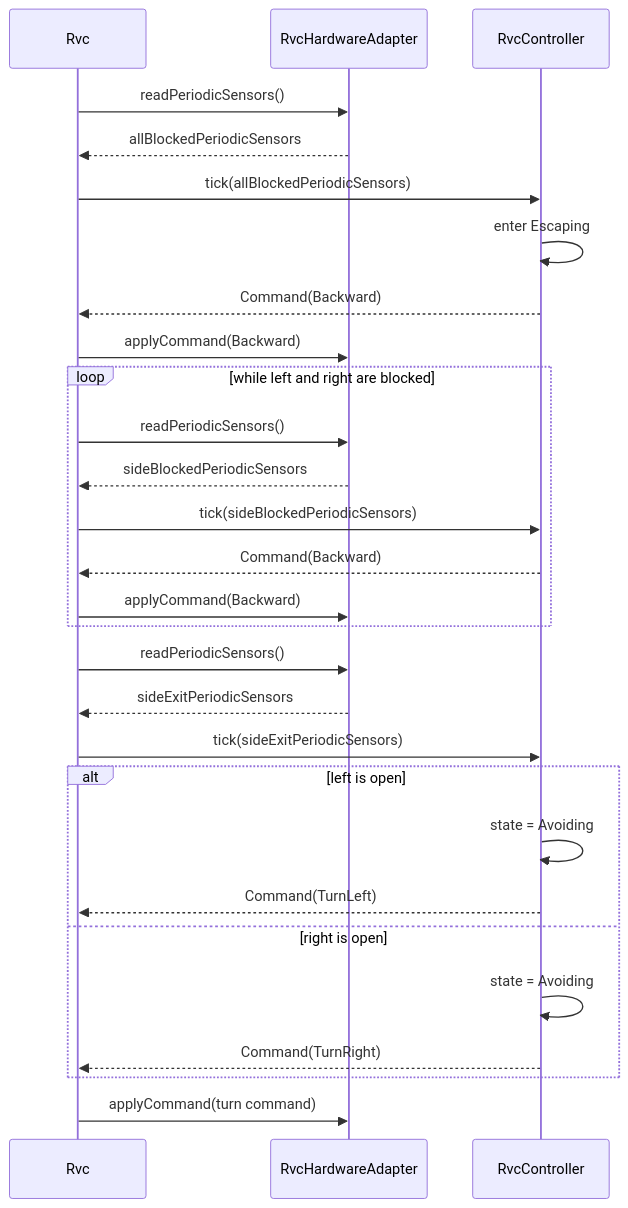
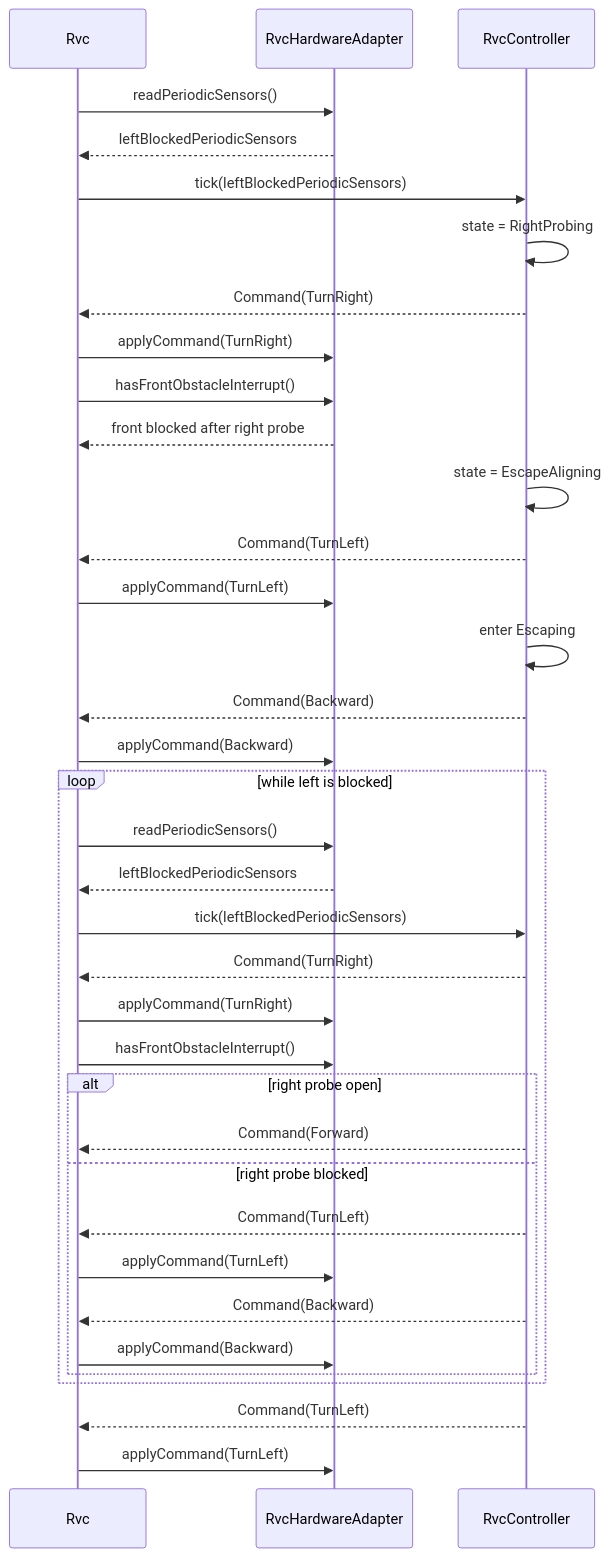
Before and after one commit to reload02/ooad-vibe: the seventh of 9 diagrams in docs/sdd.md, drawn with Mermaid. The commit also changed other lines of this file and 21 other files, not shown here.

First line of the commit message:
Refactor RvcController to implement right probing behavior and update related components

````diff
--- a/docs/sdd.md
+++ b/docs/sdd.md
@@ -480,31 +489,39 @@
 ```mermaid
 sequenceDiagram
     participant Rvc
     participant Adapter as RvcHardwareAdapter
     participant Controller as RvcController
 
     Rvc->>Adapter: readPeriodicSensors()
-    Adapter-->>Rvc: allBlockedPeriodicSensors
-    Rvc->>Controller: tick(allBlockedPeriodicSensors)
+    Adapter-->>Rvc: leftBlockedPeriodicSensors
+    Rvc->>Controller: tick(leftBlockedPeriodicSensors)
+    Controller->>Controller: state = RightProbing
+    Controller-->>Rvc: Command(TurnRight)
+    Rvc->>Adapter: applyCommand(TurnRight)
+    Rvc->>Adapter: hasFrontObstacleInterrupt()
+    Adapter-->>Rvc: front blocked after right probe
+    Controller->>Controller: state = EscapeAligning
+    Controller-->>Rvc: Command(TurnLeft)
+    Rvc->>Adapter: applyCommand(TurnLeft)
     Controller->>Controller: enter Escaping
     Controller-->>Rvc: Command(Backward)
     Rvc->>Adapter: applyCommand(Backward)
-    loop while left and right are blocked
+    loop while left is blocked
         Rvc->>Adapter: readPeriodicSensors()
-        Adapter-->>Rvc: sideBlockedPeriodicSensors
-        Rvc->>Controller: tick(sideBlockedPeriodicSensors)
-        Controller-->>Rvc: Command(Backward)
-        Rvc->>Adapter: applyCommand(Backward)
+        Adapter-->>Rvc: leftBlockedPeriodicSensors
+        Rvc->>Controller: tick(leftBlockedPeriodicSensors)
+        Controller-->>Rvc: Command(TurnRight)
+        Rvc->>Adapter: applyCommand(TurnRight)
+        Rvc->>Adapter: hasFrontObstacleInterrupt()
+        alt right probe open
+            Controller-->>Rvc: Command(Forward)
+        else right probe blocked
+            Controller-->>Rvc: Command(TurnLeft)
+            Rvc->>Adapter: applyCommand(TurnLeft)
+            Controller-->>Rvc: Command(Backward)
+            Rvc->>Adapter: applyCommand(Backward)
+        end
     end
-    Rvc->>Adapter: readPeriodicSensors()
-    Adapter-->>Rvc: sideExitPeriodicSensors
-    Rvc->>Controller: tick(sideExitPeriodicSensors)
-    alt left is open
-        Controller->>Controller: state = Avoiding
-        Controller-->>Rvc: Command(TurnLeft)
-    else right is open
-        Controller->>Controller: state = Avoiding
-        Controller-->>Rvc: Command(TurnRight)
-    end
-    Rvc->>Adapter: applyCommand(turn command)
+    Controller-->>Rvc: Command(TurnLeft)
+    Rvc->>Adapter: applyCommand(TurnLeft)
 ```
````
